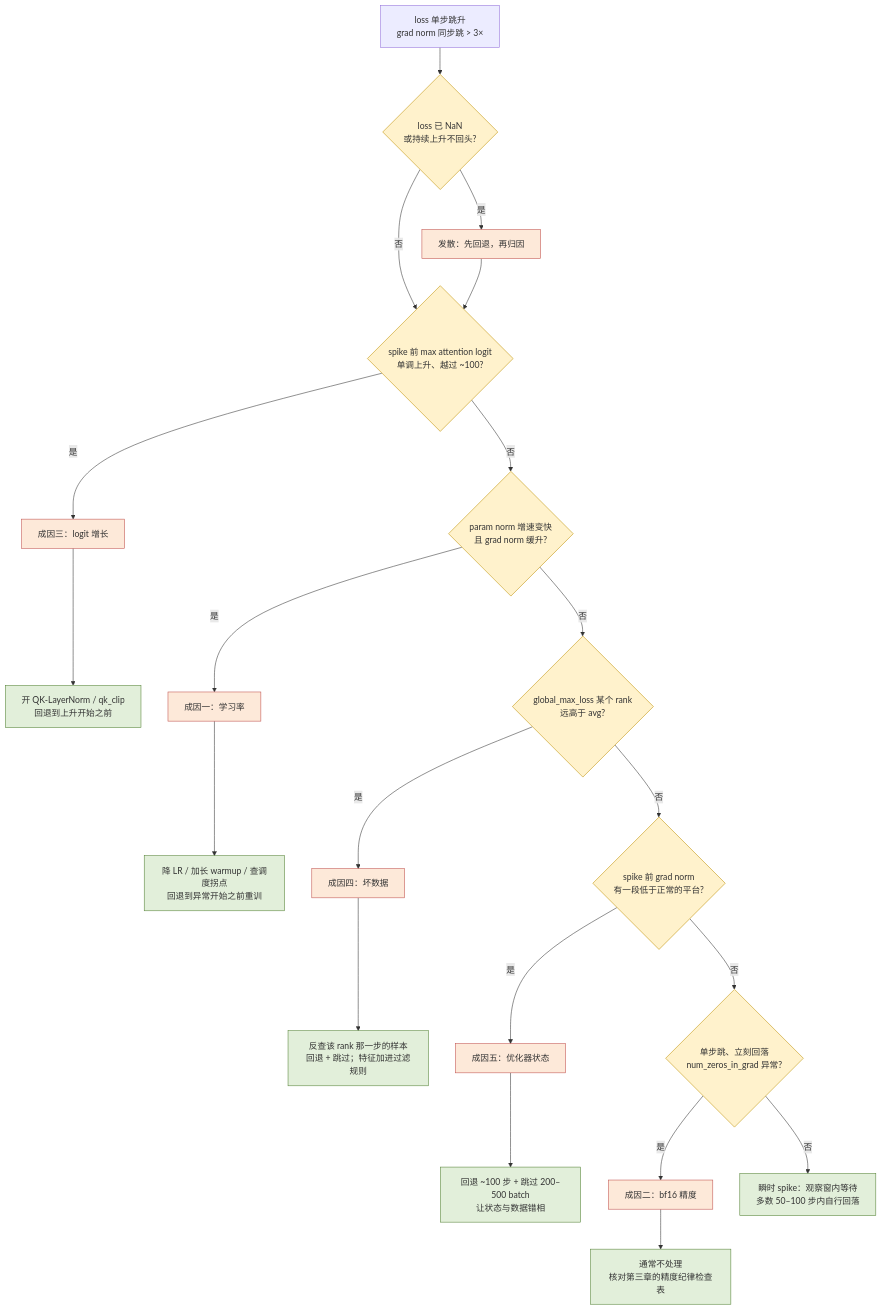
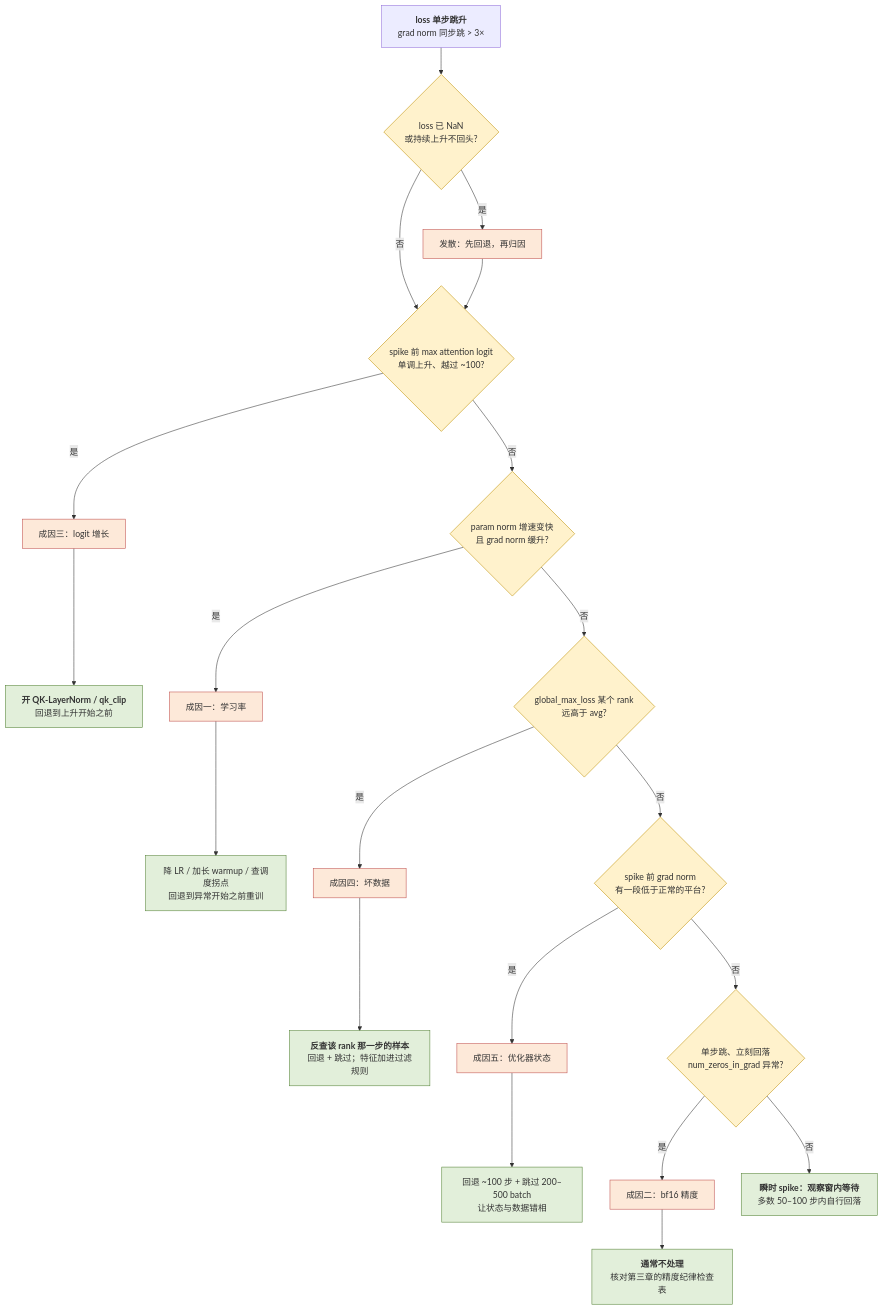
Before and after one commit to arganzheng/arganzheng.github.com: the first of 2 diagrams in _posts/2026-07-27-training-stability-and-data-pipeline.md, drawn with Mermaid. The commit also changed other lines of this file and 8 other files, not shown here.

First line of the commit message:
大规模训练工程：从并行策略到容错恢复：Mermaid 多行方框的首行标为标题（9 篇）

````diff
--- a/_posts/2026-07-27-training-stability-and-data-pipeline.md
+++ b/_posts/2026-07-27-training-stability-and-data-pipeline.md
@@ -155,29 +155,29 @@
 ```mermaid
 %% 图：loss spike 归因的决策树：先看是否发散，再依次看 logit 增长、param norm 增速、单 rank 的坏数据、优化器状态
 flowchart TB
-    S["loss 单步跳升<br/>grad norm 同步跳 > 3×"] --> Q0{"loss 已 NaN<br/>或持续上升不回头?"}
+    S["<b>loss 单步跳升</b><br/>grad norm 同步跳 > 3×"] --> Q0{"loss 已 NaN<br/>或持续上升不回头?"}
     Q0 -->|是| DIV["发散：先回退，再归因"]
     Q0 -->|否| Q1{"spike 前 max attention logit<br/>单调上升、越过 ~100?"}
     DIV --> Q1
     Q1 -->|是| C3["成因三：logit 增长"]
-    C3 --> A3["开 QK-LayerNorm / qk_clip<br/>回退到上升开始之前"]
+    C3 --> A3["<b>开 QK-LayerNorm / qk_clip</b><br/>回退到上升开始之前"]
     Q1 -->|否| Q2{"param norm 增速变快<br/>且 grad norm 缓升?"}
     Q2 -->|是| C1["成因一：学习率"]
     C1 --> A1["降 LR / 加长 warmup / 查调度拐点<br/>回退到异常开始之前重训"]
     Q2 -->|否| Q3{"global_max_loss 某个 rank<br/>远高于 avg?"}
     Q3 -->|是| C4["成因四：坏数据"]
-    C4 --> A4["反查该 rank 那一步的样本<br/>回退 + 跳过；特征加进过滤规则"]
+    C4 --> A4["<b>反查该 rank 那一步的样本</b><br/>回退 + 跳过；特征加进过滤规则"]
     Q3 -->|否| Q4{"spike 前 grad norm<br/>有一段低于正常的平台?"}
     Q4 -->|是| C5["成因五：优化器状态"]
     C5 --> A5["回退 ~100 步 + 跳过 200–500 batch<br/>让状态与数据错相"]
     Q4 -->|否| Q5{"单步跳、立刻回落<br/>num_zeros_in_grad 异常?"}
     Q5 -->|是| C2["成因二：bf16 精度"]
-    C2 --> A2["通常不处理<br/>核对第三章的精度纪律检查表"]
-    Q5 -->|否| W["瞬时 spike：观察窗内等待<br/>多数 50–100 步内自行回落"]
+    C2 --> A2["<b>通常不处理</b><br/>核对第三章的精度纪律检查表"]
+    Q5 -->|否| W["<b>瞬时 spike：观察窗内等待</b><br/>多数 50–100 步内自行回落"]
     classDef cause fill:#fde9d9,stroke:#c0504d;
     classDef action fill:#e2efda,stroke:#548235;
     classDef ask fill:#fff2cc,stroke:#bf9000;
     class C1,C2,C3,C4,C5,DIV cause;
     class A1,A2,A3,A4,A5,W action;
     class Q0,Q1,Q2,Q3,Q4,Q5 ask;
 ```
````
